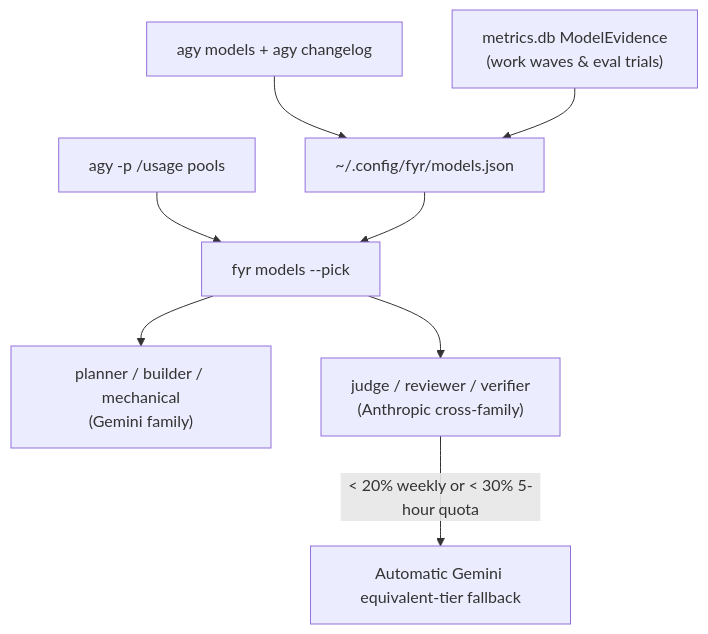
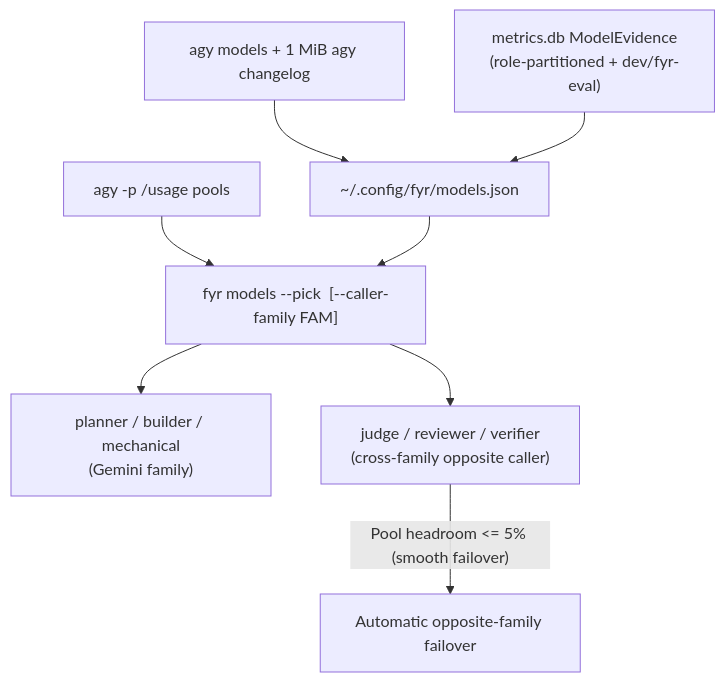
The third of 3 diagrams in features/workflows-and-build-control.md (kesokaj/fyr), drawn with Mermaid before and after one commit. The commit also changed other lines of this file and 8 other files, not shown here.

````diff
--- a/features/workflows-and-build-control.md
+++ b/features/workflows-and-build-control.md
@@ -51,10 +51,10 @@
 ```mermaid
 flowchart TD
-    agyCatalog["agy models + agy changelog"] --> modelsCache["~/.config/fyr/models.json"]
-    metricsEvidence["metrics.db ModelEvidence\n(work waves & eval trials)"] --> modelsCache
-    usageQuota["agy -p /usage pools"] --> rolePicker["fyr models --pick <role>"]
+    agyCatalog["agy models + 1 MiB agy changelog"] --> modelsCache["~/.config/fyr/models.json"]
+    metricsEvidence["metrics.db ModelEvidence\n(role-partitioned + dev/fyr-eval)"] --> modelsCache
+    usageQuota["agy -p /usage pools"] --> rolePicker["fyr models --pick <role> [--caller-family FAM]"]
     modelsCache --> rolePicker
     rolePicker --> geminiRoles["planner / builder / mechanical\n(Gemini family)"]
-    rolePicker --> judgeRoles["judge / reviewer / verifier\n(Anthropic cross-family)"]
-    judgeRoles -- "< 20% weekly or < 30% 5-hour quota" --> fallbackGemini["Automatic Gemini equivalent-tier fallback"]
+    rolePicker --> judgeRoles["judge / reviewer / verifier\n(cross-family opposite caller)"]
+    judgeRoles -- "Pool headroom <= 5% (smooth failover)" --> fallbackGemini["Automatic opposite-family failover"]
 ```
````
